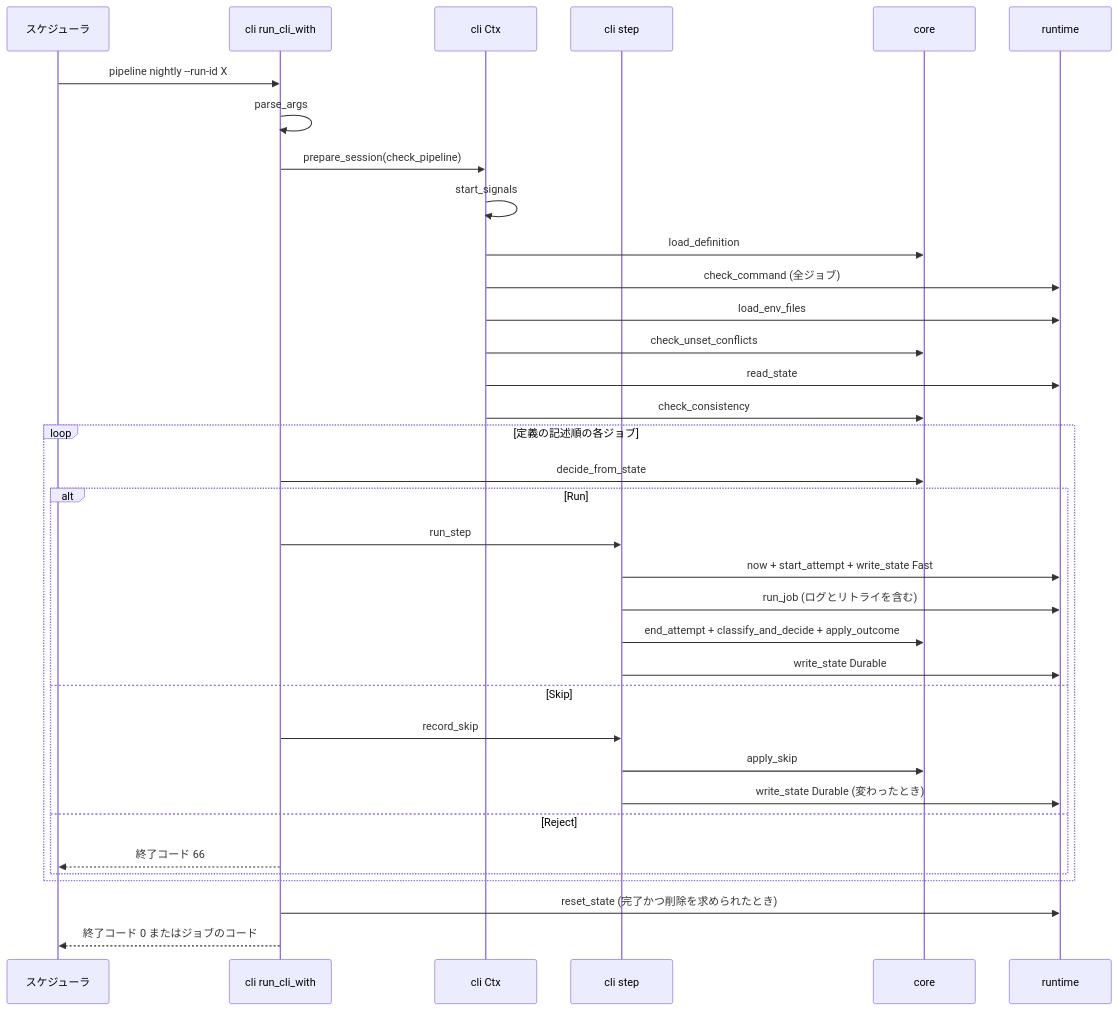
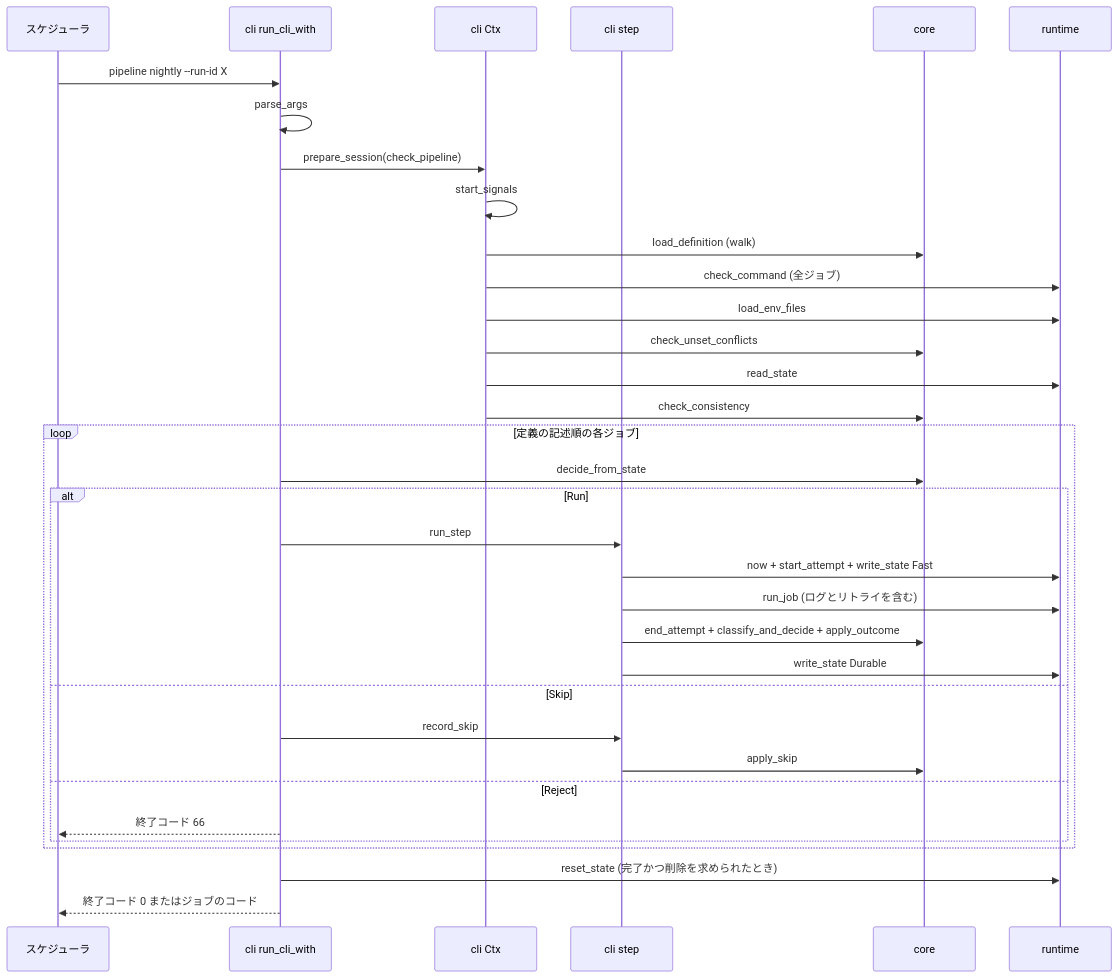
The second of 7 diagrams in aidlc/spaces/default/codekb/rust-job-conductor/architecture.md (agwlvssainokuni/rust-job-conductor), drawn with Mermaid before and after one commit. The commit also changed other lines of this file and 15 other files, not shown here.

````diff
--- a/aidlc/spaces/default/codekb/rust-job-conductor/architecture.md
+++ b/aidlc/spaces/default/codekb/rust-job-conductor/architecture.md
@@ -84,37 +86,36 @@
 ```mermaid
 sequenceDiagram
     participant U as スケジューラ
     participant CLI as cli run_cli_with
     participant CTX as cli Ctx
     participant STEP as cli step
     participant CORE as core
     participant RT as runtime
     U->>CLI: pipeline nightly --run-id X
     CLI->>CLI: parse_args
     CLI->>CTX: prepare_session(check_pipeline)
     CTX->>CTX: start_signals
-    CTX->>CORE: load_definition
+    CTX->>CORE: load_definition (walk)
     CTX->>RT: check_command (全ジョブ)
     CTX->>RT: load_env_files
     CTX->>CORE: check_unset_conflicts
     CTX->>RT: read_state
     CTX->>CORE: check_consistency
     loop 定義の記述順の各ジョブ
         CLI->>CORE: decide_from_state
         alt Run
             CLI->>STEP: run_step
             STEP->>RT: now + start_attempt + write_state Fast
             STEP->>RT: run_job (ログとリトライを含む)
             STEP->>CORE: end_attempt + classify_and_decide + apply_outcome
             STEP->>RT: write_state Durable
         else Skip
             CLI->>STEP: record_skip
             STEP->>CORE: apply_skip
-            STEP->>RT: write_state Durable (変わったとき)
         else Reject
             CLI-->>U: 終了コード 66
         end
     end
     CLI->>RT: reset_state (完了かつ削除を求められたとき)
     CLI-->>U: 終了コード 0 またはジョブのコード
 ```
````
